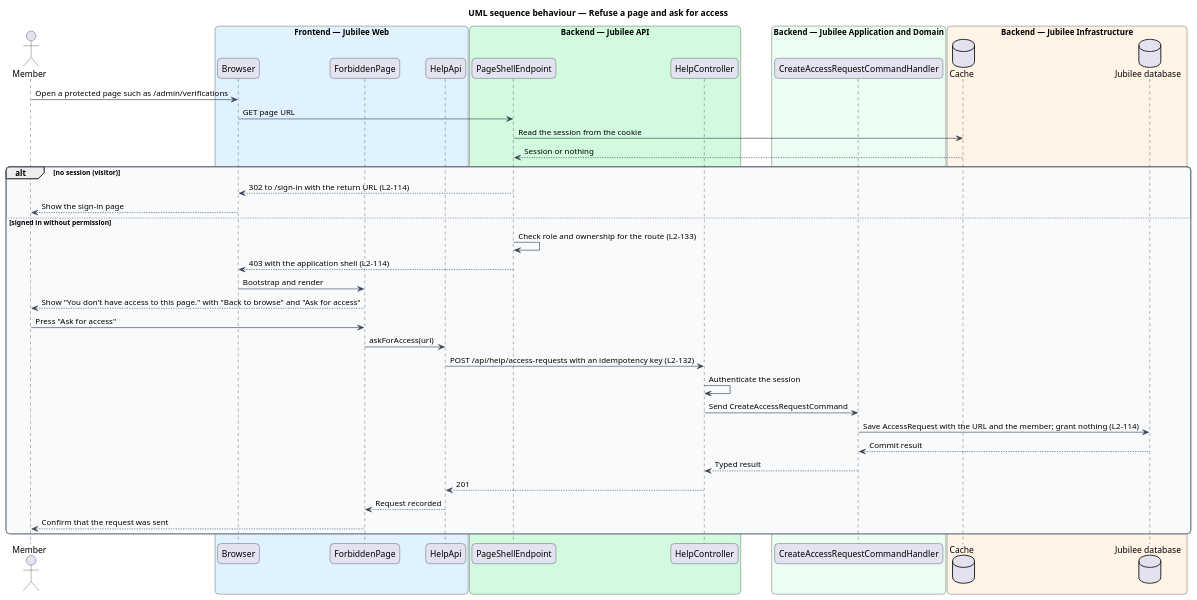
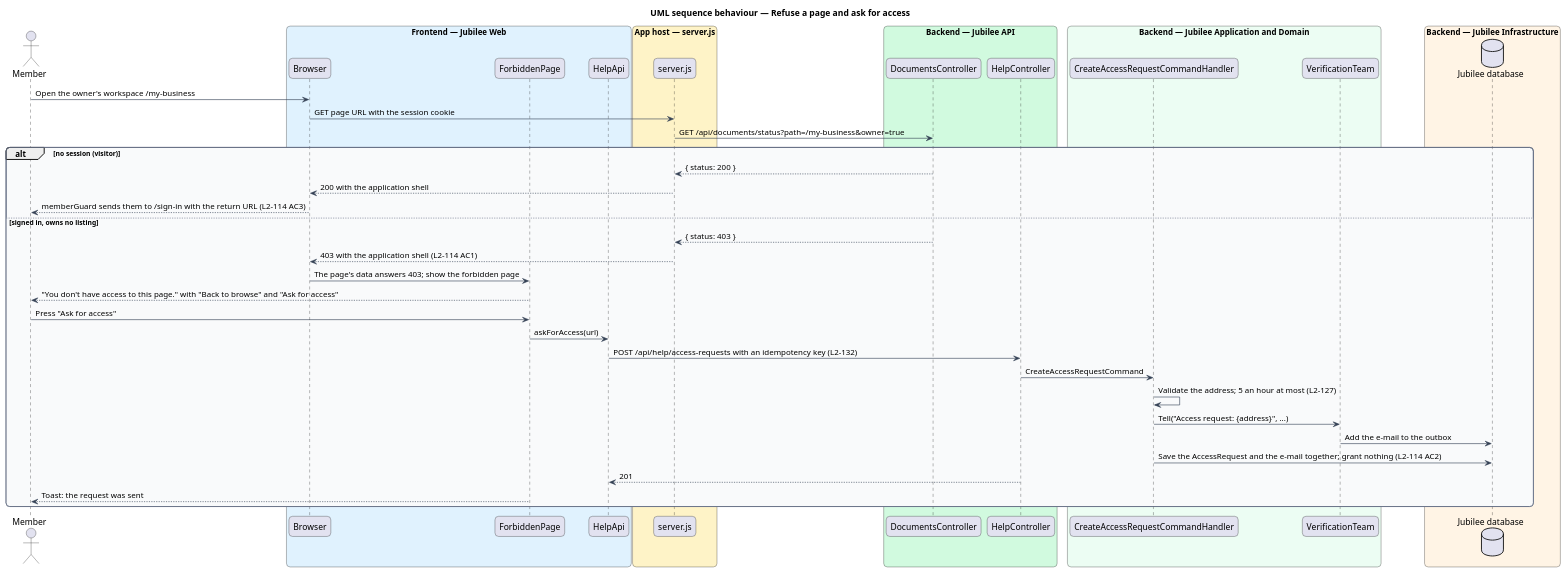
One commit to QuinntyneBrown/jubilee changed the diagram in docs/detailed-designs/system-pages/show-error-pages/diagrams/sequence-forbidden-and-ask-for-access.puml. Above: the diagram before and after it, drawn with PlantUML. The commit also changed 23 other files, not shown here.

First line of the commit message:
Requirements, designs and ADR 0056 for finishing journey 23: kept slugs and their 301, page-load statuses from the app's host, static error and maintenance pages, and the team's e-mail of an access request

```diff
--- a/docs/detailed-designs/system-pages/show-error-pages/diagrams/sequence-forbidden-and-ask-for-access.puml
+++ b/docs/detailed-designs/system-pages/show-error-pages/diagrams/sequence-forbidden-and-ask-for-access.puml
@@ -1,58 +1,60 @@
 @startuml
 title UML sequence behaviour — Refuse a page and ask for access
 skinparam backgroundColor #FFFFFF
 skinparam shadowing false
 skinparam roundcorner 12
 skinparam defaultFontName Arial
 skinparam ArrowColor #344054
 skinparam rectangle {
   BorderColor #344054
   FontColor #101828
 }
 skinparam package {
   BorderColor #667085
   FontColor #101828
   BackgroundColor #F9FAFB
 }
 actor "Member" as actor
 box "Frontend — Jubilee Web" #E0F2FE
   participant "Browser" as browser
   participant "ForbiddenPage" as page
   participant "HelpApi" as client
 end box
+box "App host — server.js" #FEF3C7
+  participant "server.js" as host
+end box
 box "Backend — Jubilee API" #D1FADF
-  participant "PageShellEndpoint" as shell
+  participant "DocumentsController" as docs
   participant "HelpController" as controller
 end box
 box "Backend — Jubilee Application and Domain" #ECFDF3
   participant "CreateAccessRequestCommandHandler" as handler
+  participant "VerificationTeam" as team
 end box
 box "Backend — Jubilee Infrastructure" #FFF4E5
-  database "Cache" as cache
   database "Jubilee database" as db
 end box
-actor -> browser : Open a protected page such as /admin/verifications
-browser -> shell : GET page URL
-shell -> cache : Read the session from the cookie
-cache --> shell : Session or nothing
+actor -> browser : Open the owner's workspace /my-business
+browser -> host : GET page URL with the session cookie
+host -> docs : GET /api/documents/status?path=/my-business&owner=true
 alt no session (visitor)
-  shell --> browser : 302 to /sign-in with the return URL (L2-114)
-  browser --> actor : Show the sign-in page
-else signed in without permission
-  shell -> shell : Check role and ownership for the route (L2-133)
-  shell --> browser : 403 with the application shell (L2-114)
-  browser -> page : Bootstrap and render
-  page --> actor : Show "You don't have access to this page." with "Back to browse" and "Ask for access"
+  docs --> host : { status: 200 }
+  host --> browser : 200 with the application shell
+  browser --> actor : memberGuard sends them to /sign-in with the return URL (L2-114 AC3)
+else signed in, owns no listing
+  docs --> host : { status: 403 }
+  host --> browser : 403 with the application shell (L2-114 AC1)
+  browser -> page : The page's data answers 403; show the forbidden page
+  page --> actor : "You don't have access to this page." with "Back to browse" and "Ask for access"
   actor -> page : Press "Ask for access"
   page -> client : askForAccess(url)
   client -> controller : POST /api/help/access-requests with an idempotency key (L2-132)
-  controller -> controller : Authenticate the session
-  controller -> handler : Send CreateAccessRequestCommand
-  handler -> db : Save AccessRequest with the URL and the member; grant nothing (L2-114)
-  db --> handler : Commit result
-  handler --> controller : Typed result
+  controller -> handler : CreateAccessRequestCommand
+  handler -> handler : Validate the address; 5 an hour at most (L2-127)
+  handler -> team : Tell("Access request: {address}", ...)
+  team -> db : Add the e-mail to the outbox
+  handler -> db : Save the AccessRequest and the e-mail together; grant nothing (L2-114 AC2)
   controller --> client : 201
-  client --> page : Request recorded
-  page --> actor : Confirm that the request was sent
+  page --> actor : Toast: the request was sent
 end
 @enduml
```
